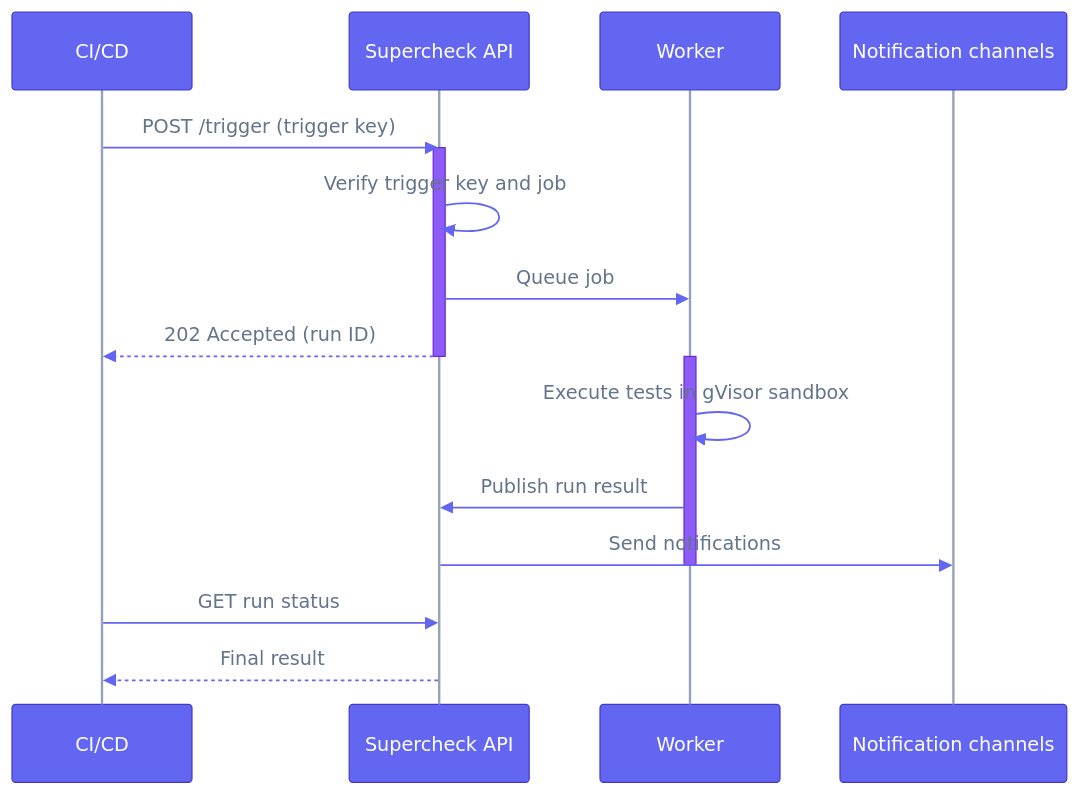
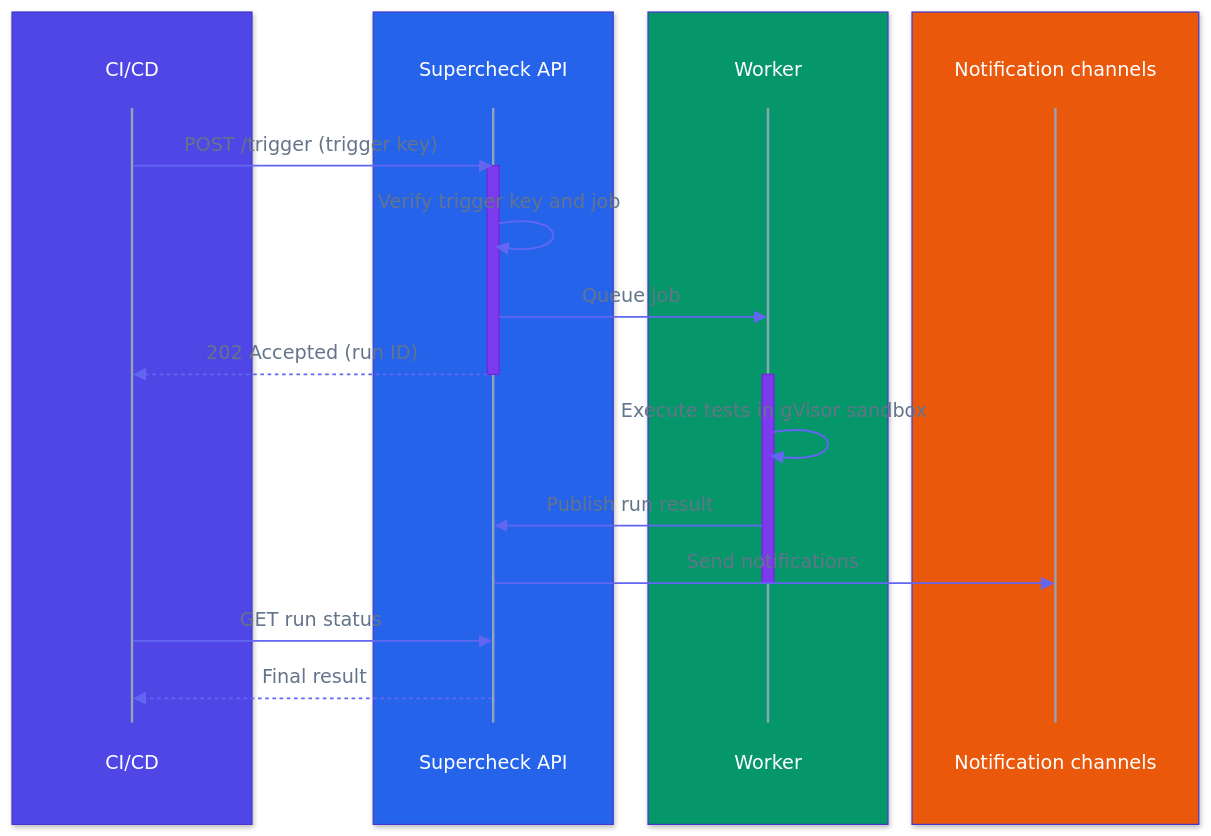
The diagram in docs/content/docs/app/automate/jobs.mdx (supercheck-io/supercheck), drawn with Mermaid before and after one commit. The commit also changed 14 other files, not shown here.

First line of the commit message:
docs: reorganize architecture diagram and add color to sequence diagrams

````diff
--- a/docs/content/docs/app/automate/jobs.mdx
+++ b/docs/content/docs/app/automate/jobs.mdx
@@ -113,22 +113,30 @@
 ```mermaid
-%%{init: {"theme":"base","themeVariables":{"fontFamily":"ui-sans-serif, system-ui, -apple-system, Segoe UI, Roboto, sans-serif","primaryColor":"#6366f1","primaryTextColor":"#ffffff","primaryBorderColor":"#4338ca","lineColor":"#94a3b8","actorBkg":"#6366f1","actorBorder":"#4338ca","actorTextColor":"#ffffff","actorLineColor":"#94a3b8","signalColor":"#6366f1","signalTextColor":"#64748b","labelBoxBkgColor":"#f59e0b","labelBoxBorderColor":"#b45309","labelTextColor":"#ffffff","loopTextColor":"#64748b","activationBkgColor":"#8b5cf6","activationBorderColor":"#6d28d9","noteBkgColor":"#f59e0b","noteBorderColor":"#b45309","noteTextColor":"#ffffff","textColor":"#64748b","mainBkg":"#ffffff"}}}%%
+%%{init: {"theme":"base","themeVariables":{"fontFamily":"ui-sans-serif, system-ui, -apple-system, Segoe UI, Roboto, sans-serif","primaryColor":"#6366f1","primaryTextColor":"#ffffff","primaryBorderColor":"#4338ca","lineColor":"#94a3b8","actorBkg":"transparent","actorBorder":"transparent","actorTextColor":"#ffffff","actorLineColor":"#94a3b8","signalColor":"#6366f1","signalTextColor":"#64748b","labelBoxBkgColor":"#d97706","labelBoxBorderColor":"#b45309","labelTextColor":"#ffffff","loopTextColor":"#64748b","activationBkgColor":"#7c3aed","activationBorderColor":"#6d28d9","noteBkgColor":"#d97706","noteBorderColor":"#b45309","noteTextColor":"#ffffff","textColor":"#64748b","mainBkg":"#ffffff"}}}%%
 sequenceDiagram
-    participant CI as CI/CD
-    participant API as Supercheck API
-    participant Worker
-    participant Alerts as Notification channels
+    box rgb(79,70,229)
+        participant CI as CI/CD
+    end
+    box rgb(37,99,235)
+        participant API as Supercheck API
+    end
+    box rgb(5,150,105)
+        participant Worker
+    end
+    box rgb(234,88,12)
+        participant Alerts as Notification channels
+    end
 
     CI->>API: POST /trigger (trigger key)
     activate API
     API->>API: Verify trigger key and job
     API->>Worker: Queue job
     API-->>CI: 202 Accepted (run ID)
     deactivate API
     activate Worker
     Worker->>Worker: Execute tests in gVisor sandbox
     Worker->>API: Publish run result
     API->>Alerts: Send notifications
     deactivate Worker
     CI->>API: GET run status
     API-->>CI: Final result
 ```
````
